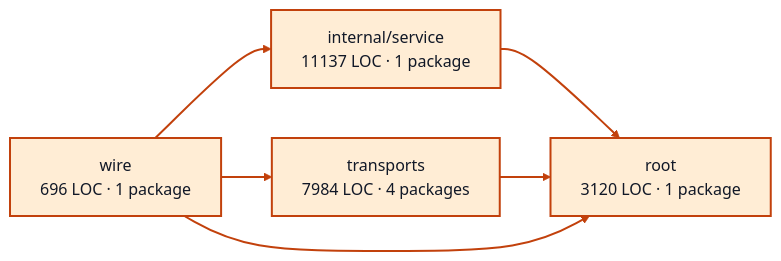
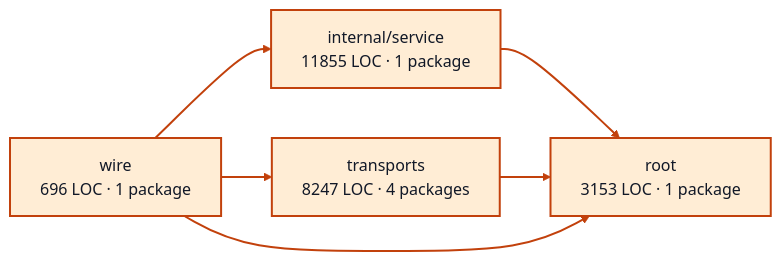
One commit to portpowered/you-agent-factory changed the diagram in docs/architecture/visualizations/services/worker_sessions.md. Above: the diagram before and after it, drawn with Mermaid. The commit also changed other lines of this file and 20 other files, not shown here.

Commit message:
docs: refresh backend architecture visualizations

````diff
--- a/docs/architecture/visualizations/services/worker_sessions.md
+++ b/docs/architecture/visualizations/services/worker_sessions.md
@@ -11,17 +11,17 @@
 ```mermaid
 flowchart LR
-  p0["internal/service<br/>11137 LOC · 1 package"]
-  p1["root<br/>3120 LOC · 1 package"]
-  p2["transports<br/>7984 LOC · 4 packages"]
+  p0["internal/service<br/>11855 LOC · 1 package"]
+  p1["root<br/>3153 LOC · 1 package"]
+  p2["transports<br/>8247 LOC · 4 packages"]
   p3["wire<br/>696 LOC · 1 package"]
   p0 --> p1
   p2 --> p1
   p3 --> p0
   p3 --> p1
   p3 --> p2
   style p0 fill:#ffedd5,stroke:#c2410c,stroke-width:2px,color:#111827
   style p1 fill:#ffedd5,stroke:#c2410c,stroke-width:2px,color:#111827
   style p2 fill:#ffedd5,stroke:#c2410c,stroke-width:2px,color:#111827
   style p3 fill:#ffedd5,stroke:#c2410c,stroke-width:2px,color:#111827
   linkStyle default stroke:#c2410c,stroke-width:2px
 ```
````
